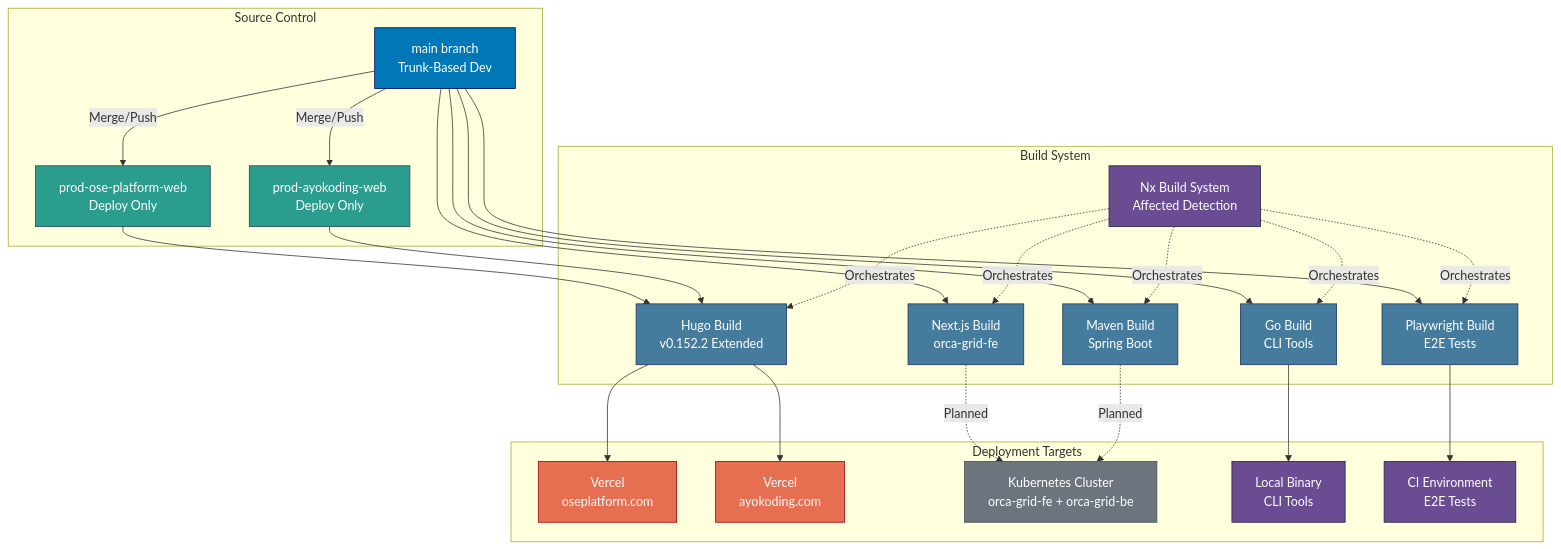
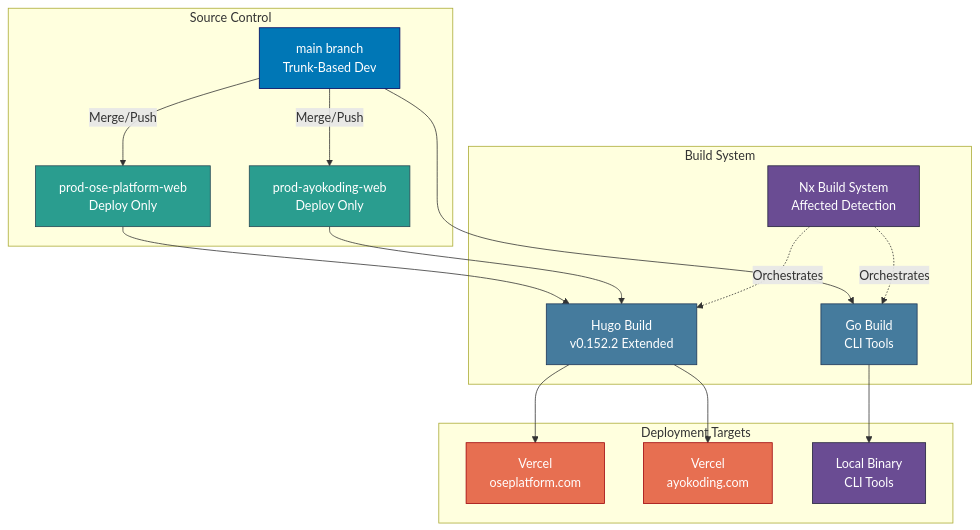
One commit to wahidyankf/open-sharia-enterprise changed diagram 11 of 13 in docs/reference/re__system-architecture.md. Above: the diagram before and after it, drawn with Mermaid. The commit also changed other lines of this file and 1 other file, not shown here.

First line of the commit message:
docs(reference): remove orca-grid suite from system architecture

````diff
--- a/docs/reference/re__system-architecture.md
+++ b/docs/reference/re__system-architecture.md
@@ -1348,63 +629,44 @@
 ```mermaid
 graph TB
     subgraph "Source Control"
         MAIN[main branch<br/>Trunk-Based Dev]
         PROD_OSE[prod-ose-platform-web<br/>Deploy Only]
         PROD_AYO[prod-ayokoding-web<br/>Deploy Only]
     end
 
     subgraph "Build System"
         NX_BUILD[Nx Build System<br/>Affected Detection]
         HUGO_BUILD[Hugo Build<br/>v0.152.2 Extended]
-        NEXTJS_BUILD[Next.js Build<br/>orca-grid-fe]
         GO_BUILD[Go Build<br/>CLI Tools]
-        MAVEN_BUILD[Maven Build<br/>Spring Boot]
-        PLAYWRIGHT_BUILD[Playwright Build<br/>E2E Tests]
     end
 
     subgraph "Deployment Targets"
         VERCEL_OSE[Vercel<br/>oseplatform.com]
         VERCEL_AYO[Vercel<br/>ayokoding.com]
-        K8S_CLUSTER[Kubernetes Cluster<br/>orca-grid-fe + orca-grid-be]
         LOCAL[Local Binary<br/>CLI Tools]
-        CI_E2E[CI Environment<br/>E2E Tests]
     end
 
     MAIN -->|Merge/Push| PROD_OSE
     MAIN -->|Merge/Push| PROD_AYO
 
     PROD_OSE --> HUGO_BUILD
     PROD_AYO --> HUGO_BUILD
-    MAIN --> NEXTJS_BUILD
     MAIN --> GO_BUILD
-    MAIN --> MAVEN_BUILD
-    MAIN --> PLAYWRIGHT_BUILD
 
     HUGO_BUILD --> VERCEL_OSE
     HUGO_BUILD --> VERCEL_AYO
-    NEXTJS_BUILD -.->|Planned| K8S_CLUSTER
     GO_BUILD --> LOCAL
-    MAVEN_BUILD -.->|Planned| K8S_CLUSTER
-    PLAYWRIGHT_BUILD --> CI_E2E
 
     NX_BUILD -.->|Orchestrates| HUGO_BUILD
-    NX_BUILD -.->|Orchestrates| NEXTJS_BUILD
     NX_BUILD -.->|Orchestrates| GO_BUILD
-    NX_BUILD -.->|Orchestrates| MAVEN_BUILD
-    NX_BUILD -.->|Orchestrates| PLAYWRIGHT_BUILD
 
     style MAIN fill:#0077b6,stroke:#03045e,color:#ffffff
     style PROD_OSE fill:#2a9d8f,stroke:#264653,color:#ffffff
     style PROD_AYO fill:#2a9d8f,stroke:#264653,color:#ffffff
     style NX_BUILD fill:#6a4c93,stroke:#22223b,color:#ffffff
     style HUGO_BUILD fill:#457b9d,stroke:#1d3557,color:#ffffff
-    style NEXTJS_BUILD fill:#457b9d,stroke:#1d3557,color:#ffffff
     style GO_BUILD fill:#457b9d,stroke:#1d3557,color:#ffffff
-    style MAVEN_BUILD fill:#457b9d,stroke:#1d3557,color:#ffffff
-    style PLAYWRIGHT_BUILD fill:#457b9d,stroke:#1d3557,color:#ffffff
     style VERCEL_OSE fill:#e76f51,stroke:#9d0208,color:#ffffff
     style VERCEL_AYO fill:#e76f51,stroke:#9d0208,color:#ffffff
-    style K8S_CLUSTER fill:#6c757d,stroke:#495057,color:#ffffff
     style LOCAL fill:#6a4c93,stroke:#22223b,color:#ffffff
-    style CI_E2E fill:#6a4c93,stroke:#22223b,color:#ffffff
 ```
````
